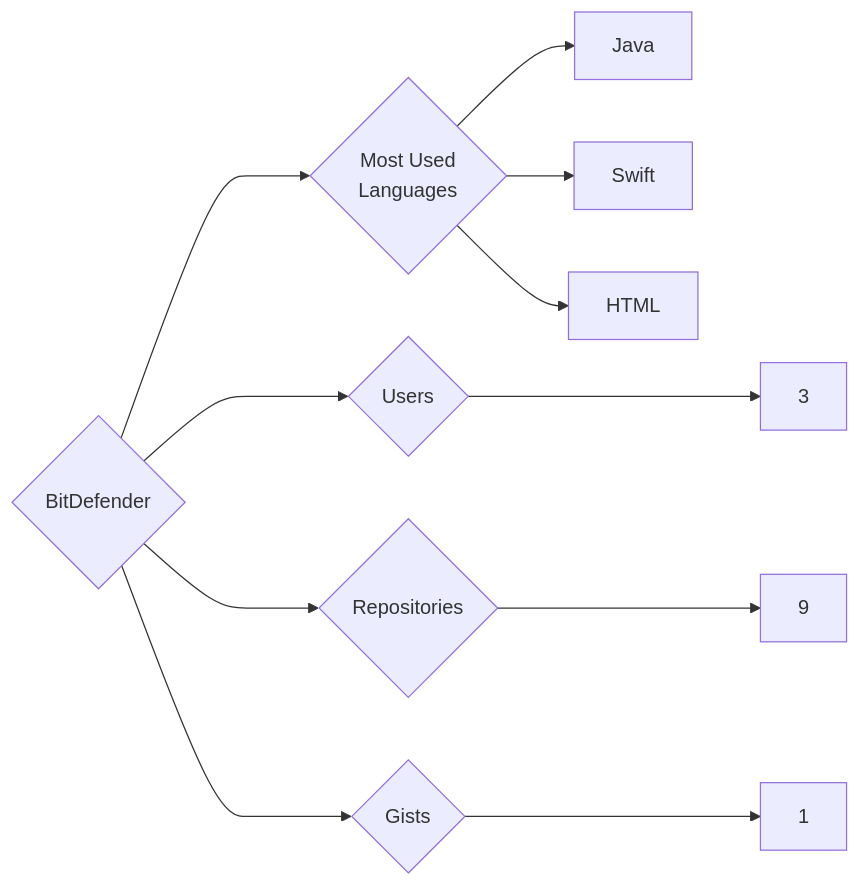
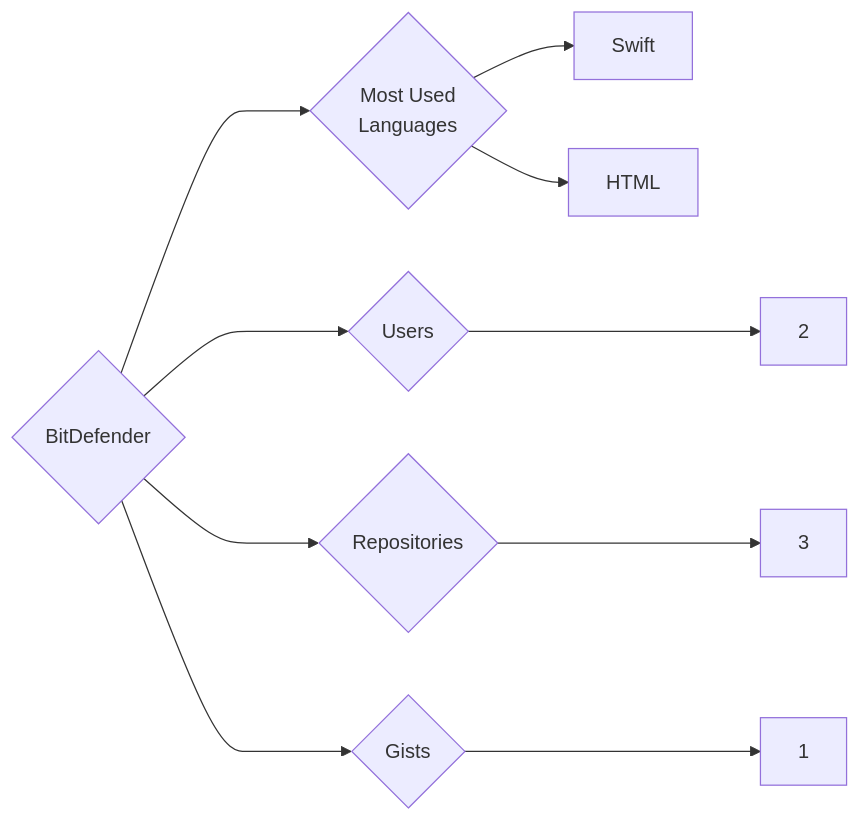
Before and after one commit to trickest/insiders: the diagram in targets/BitDefender/README.md, drawn with Mermaid. The commit also changed 1120 other files, not shown here.

````diff
--- a/targets/BitDefender/README.md
+++ b/targets/BitDefender/README.md
@@ -3,11 +3,10 @@
 ```mermaid
 graph LR
 COMPANY_NAME{BitDefender}
-COMPANY_NAME ---> U{Users} ---> UN[3]
-COMPANY_NAME ---> R{Repositories} ---> RN[9]
+COMPANY_NAME ---> U{Users} ---> UN[2]
+COMPANY_NAME ---> R{Repositories} ---> RN[3]
 COMPANY_NAME ---> G{Gists} ---> GN[1]
 COMPANY_NAME ---> ML{Most Used<br>Languages}
-ML --> Java[Java]
 ML --> Swift[Swift]
 ML --> HTML[HTML]
 ```
````
